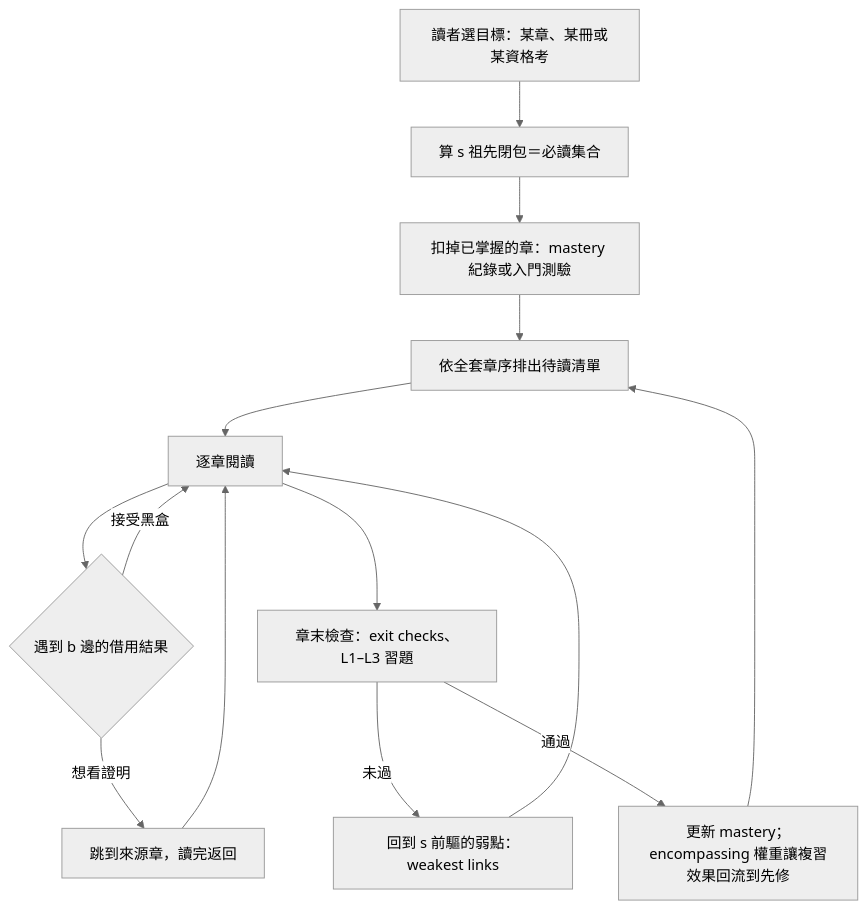
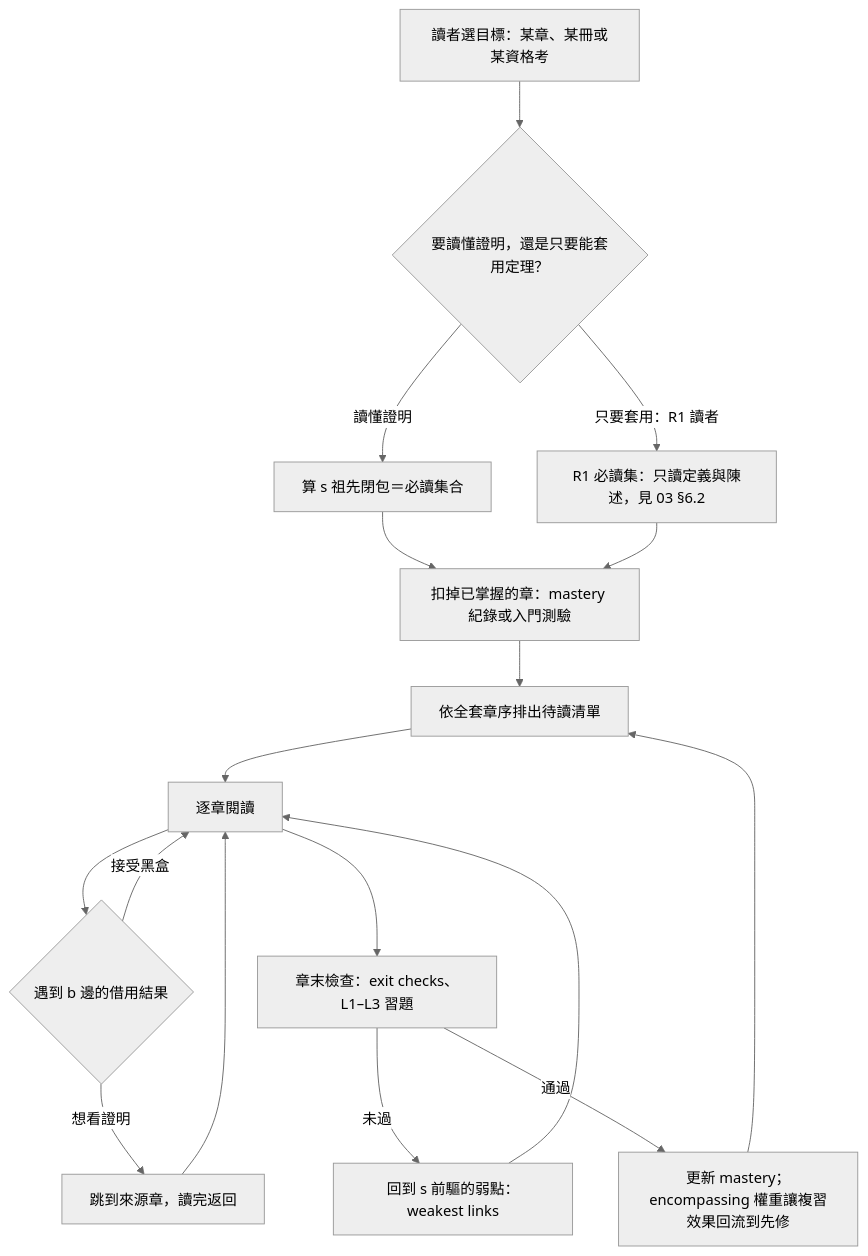
One commit to AkizumiFox/math-atlas changed the fifth of 6 diagrams in spec/04-flows.md. Above: the diagram before and after it, drawn with Mermaid (neutral theme). The commit also changed other lines of this file and 12 other files, not shown here.

First line of the commit message:
Split constraints from rewrites; no hardcoded counts in spec; flow for splits and moves

````diff
--- a/spec/04-flows.md
+++ b/spec/04-flows.md
@@ -82,15 +83,18 @@
 ```mermaid
 flowchart TD
-  A[讀者選目標：某章、某冊或某資格考] --> B[算 s 祖先閉包＝必讀集合]
+  A[讀者選目標：某章、某冊或某資格考] --> Q{要讀懂證明，還是只要能套用定理？}
+  Q -- 讀懂證明 --> B[算 s 祖先閉包＝必讀集合]
+  Q -- 只要套用：R1 讀者 --> B1[R1 必讀集：只讀定義與陳述，見 03 §6.2]
   B --> C[扣掉已掌握的章：mastery 紀錄或入門測驗]
+  B1 --> C
   C --> D[依全套章序排出待讀清單]
   D --> E[逐章閱讀]
   E --> F{遇到 b 邊的借用結果}
   F -- 接受黑盒 --> E
   F -- 想看證明 --> G[跳到來源章，讀完返回]
   G --> E
   E --> H[章末檢查：exit checks、L1–L3 習題]
   H -- 未過 --> I[回到 s 前驅的弱點：weakest links] --> E
   H -- 通過 --> J[更新 mastery；encompassing 權重讓複習效果回流到先修]
   J --> D
 ```
````
